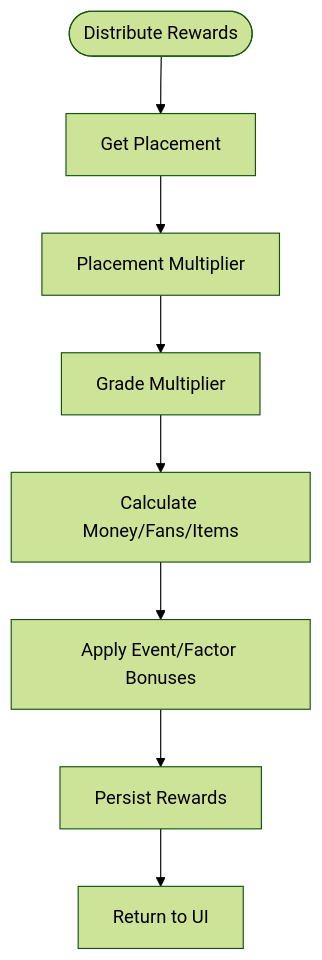
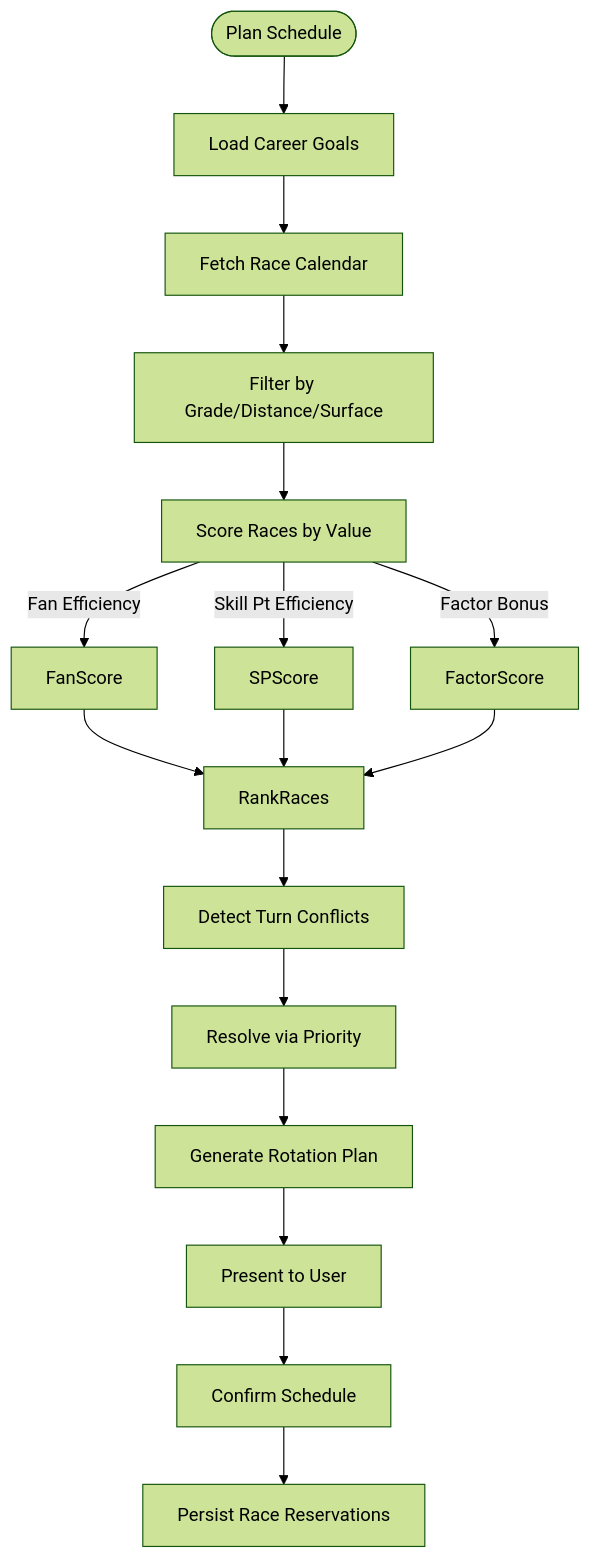
One commit to exatfrds67/umamusume-career-planner changed the fourth of 5 diagrams in docs/01-flows/FLOW-003_Race_Strategy_System.md. Above: the diagram before and after it, drawn with Mermaid (forest theme). The commit also changed other lines of this file and 67 other files, not shown here.

````diff
--- a/docs/01-flows/FLOW-003_Race_Strategy_System.md
+++ b/docs/01-flows/FLOW-003_Race_Strategy_System.md
@@ -65,10 +119,25 @@
 ```mermaid
 flowchart TD
-    Start([Distribute Rewards]) --> GetPlacement[Get Placement]
-    GetPlacement --> PlacementMult[Placement Multiplier]
-    PlacementMult --> GradeMult[Grade Multiplier]
-    GradeMult --> CalculateRewards[Calculate Money/Fans/Items]
-    CalculateRewards --> ApplyBonuses[Apply Event/Factor Bonuses]
-    ApplyBonuses --> PersistRewards[Persist Rewards]
-    PersistRewards --> ReturnRewards[Return to UI]
+    Start([Plan Schedule]) --> LoadGoals[Load Career Goals]
+    LoadGoals --> FetchCalendar[Fetch Race Calendar]
+    
+    FetchCalendar --> FilterEligible[Filter by Grade/Distance/Surface]
+    FilterEligible --> ScoreRaces[Score Races by Value]
+    
+    ScoreRaces -->|Fan Efficiency| FanScore
+    ScoreRaces -->|Skill Pt Efficiency| SPScore
+    ScoreRaces -->|Factor Bonus| FactorScore
+    
+    FanScore --> RankRaces
+    SPScore --> RankRaces
+    FactorScore --> RankRaces
+    
+    RankRaces --> DetectConflicts[Detect Turn Conflicts]
+    DetectConflicts --> Resolve[Resolve via Priority]
+    
+    Resolve --> GeneratePlan[Generate Rotation Plan]
+    GeneratePlan --> PresentUser[Present to User]
+    
+    PresentUser --> Confirm[Confirm Schedule]
+    Confirm --> SaveSchedule[Persist Race Reservations]
 ```
````
